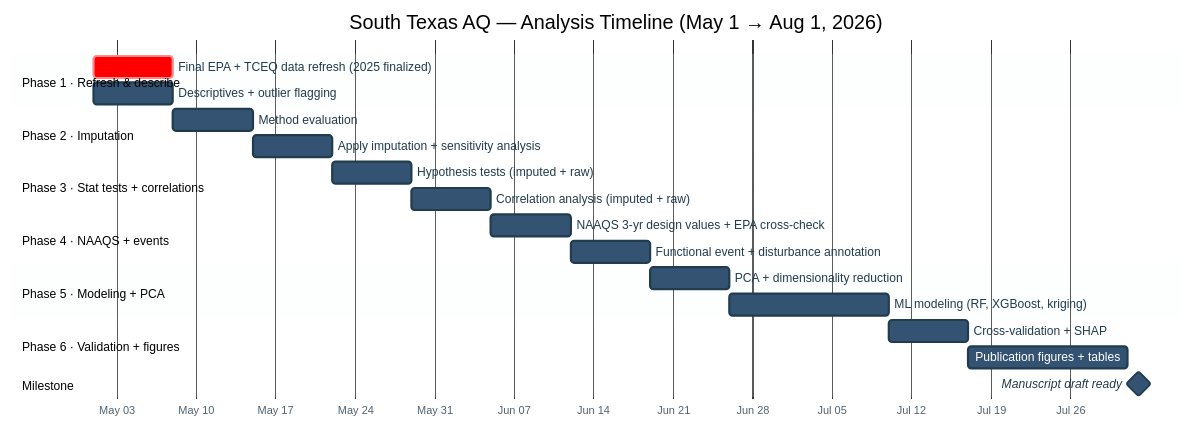
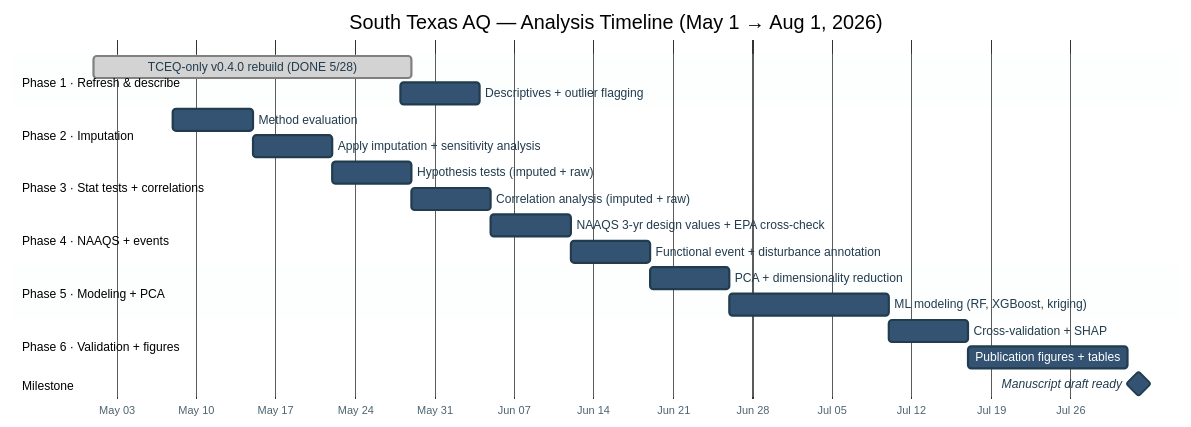
One commit to AidanJMeyers/south-texas-aq-pipeline changed the first of 2 diagrams in pipeline/docs/16_project_timeline.md. Above: the diagram before and after it, drawn with Mermaid. The commit also changed other lines of this file and 6 other files, not shown here.

````diff
--- a/pipeline/docs/16_project_timeline.md
+++ b/pipeline/docs/16_project_timeline.md
@@ -16,46 +47,46 @@
 ```mermaid
 %%{init: {'theme':'base','themeVariables':{
     'fontFamily':'Arial',
     'fontSize':'14px',
     'primaryColor':'#FFFFFF',
     'primaryTextColor':'#213c4e',
     'primaryBorderColor':'#213c4e',
     'lineColor':'#6b7a85',
     'sectionBkgColor':'#F5F7F9',
     'taskBkgColor':'#345372',
     'taskTextColor':'#FFFFFF',
     'taskBorderColor':'#213c4e',
     'gridColor':'#CCCCCC'
 }}}%%
 gantt
     title South Texas AQ — Analysis Timeline (May 1 → Aug 1, 2026)
     dateFormat YYYY-MM-DD
     axisFormat %b %d
 
     section Phase 1 · Refresh & describe
-    Final EPA + TCEQ data refresh (2025 finalized) :crit, p1a, 2026-05-01, 1w
-    Descriptives + outlier flagging                :p1b, 2026-05-01, 1w
+    TCEQ-only v0.4.0 rebuild (DONE 5/28)           :done, p1a, 2026-05-01, 4w
+    Descriptives + outlier flagging                :p1b, 2026-05-28, 1w
 
     section Phase 2 · Imputation
     Method evaluation                              :p2a, 2026-05-08, 1w
     Apply imputation + sensitivity analysis        :p2b, 2026-05-15, 1w
 
     section Phase 3 · Stat tests + correlations
     Hypothesis tests (imputed + raw)               :p3a, 2026-05-22, 1w
     Correlation analysis (imputed + raw)           :p3b, 2026-05-29, 1w
 
     section Phase 4 · NAAQS + events
     NAAQS 3-yr design values + EPA cross-check     :p4a, 2026-06-05, 1w
     Functional event + disturbance annotation      :p4b, 2026-06-12, 1w
 
     section Phase 5 · Modeling + PCA
     PCA + dimensionality reduction                 :p5a, 2026-06-19, 1w
     ML modeling (RF, XGBoost, kriging)             :p5b, 2026-06-26, 2w
 
     section Phase 6 · Validation + figures
     Cross-validation + SHAP                        :p6a, 2026-07-10, 1w
     Publication figures + tables                   :p6b, 2026-07-17, 2w
 
     section Milestone
     Manuscript draft ready                         :milestone, 2026-08-01, 0d
 ```
````
